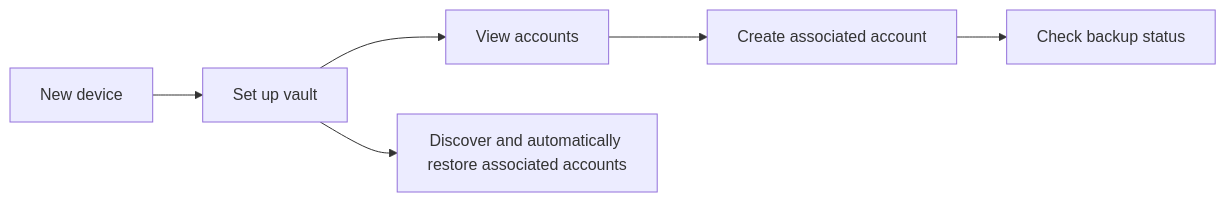
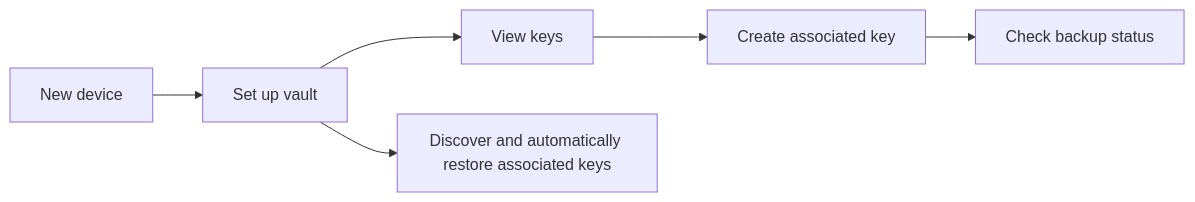
Before and after one commit to ZenTenApp/vault-kotlin: the diagram in docs/stakeholder/user-journeys.md, drawn with Mermaid. The commit also changed other lines of this file and 144 other files, not shown here.

First line of the commit message:
refactor: rename Account to Key across the project

````diff
--- a/docs/stakeholder/user-journeys.md
+++ b/docs/stakeholder/user-journeys.md
@@ -5,8 +5,8 @@
 ```mermaid
 flowchart LR
-    A[Set up vault] --> B[View accounts]
-    B --> C[Create associated account]
+    A[Set up vault] --> B[View keys]
+    B --> C[Create associated key]
     C --> D[Check backup status]
     E[New device] --> A
-    A --> F[Discover and automatically restore associated accounts]
+    A --> F[Discover and automatically restore associated keys]
 ```
````
